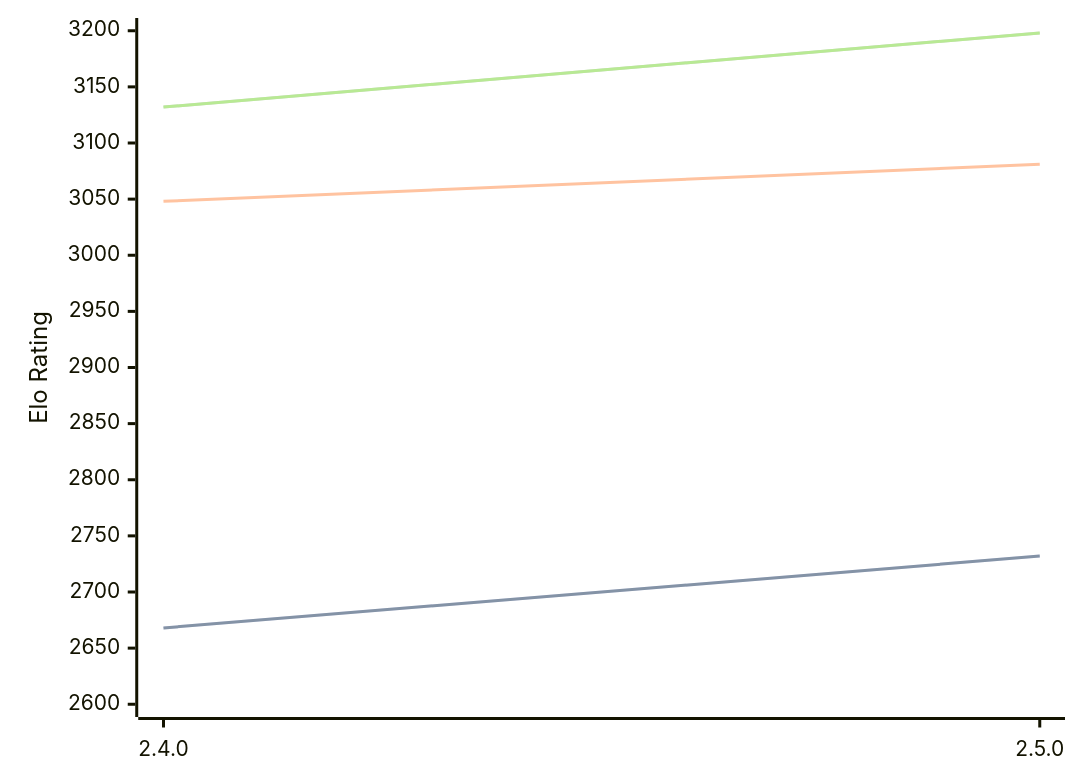
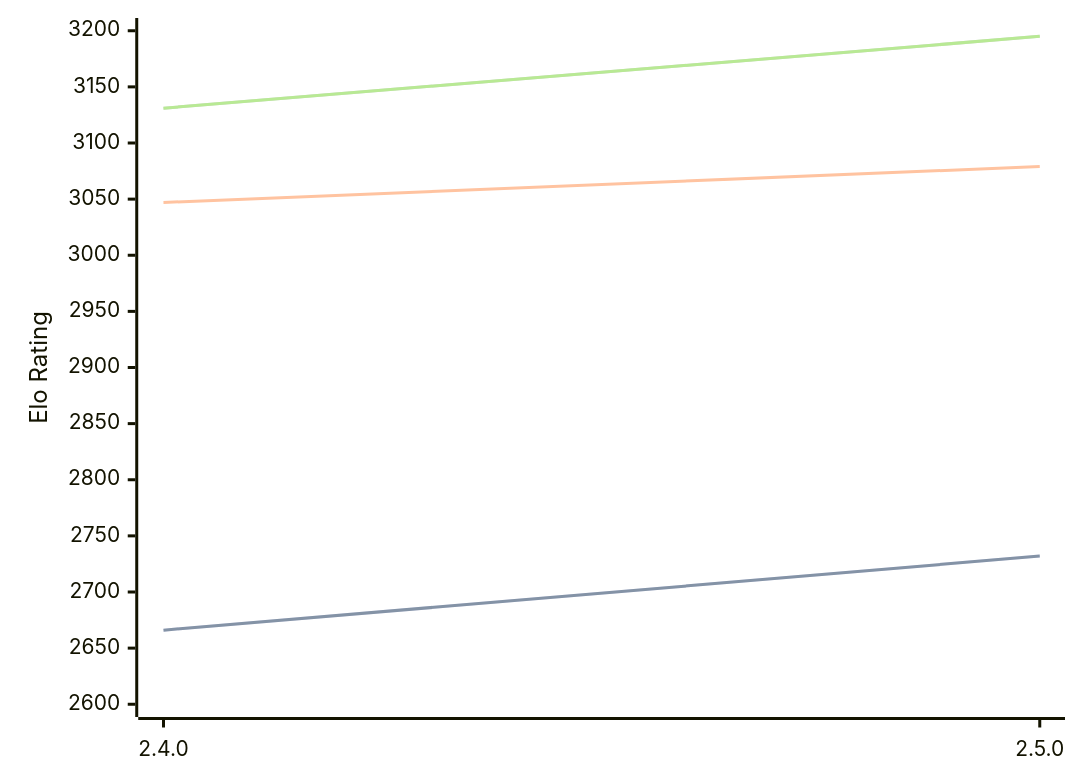
Before and after one commit to computer-chess-index/cci: the diagram in engines/Sturddle2.md, drawn with Mermaid. The commit also changed other lines of this file, not shown here.

Commit message:
Update CCI Ratings (ELO VLTC) - 2026-02-18

````diff
--- a/engines/Sturddle2.md
+++ b/engines/Sturddle2.md
@@ -34,11 +34,11 @@
 ```mermaid
 %%{init: {"theme":"base","themeVariables":{"seriesColors:['#a3a3a3','#222221','#faa371']}}}%%
 xychart-beta
   x-axis ["2.4.0", "2.5.0"]
   y-axis "Elo Rating" 2600 --> 3200
-  line "STC (8.0+0.08s)" [2668, 2732]
-  line "STC (8.0+0.08s)" [2668, 2732]
-  line "LTC (60.0+0.60s)" [3048, 3081]
-  line "VLTC (2m24s+1.12s)" [3132, 3198]
-  line "VLTC (2m24s+1.12s)" [3132, 3198]
+  line "STC (8.0+0.08s)" [2666, 2732]
+  line "STC (8.0+0.08s)" [2666, 2732]
+  line "LTC (60.0+0.60s)" [3047, 3079]
+  line "VLTC (2m24s+1.12s)" [3131, 3195]
+  line "VLTC (2m24s+1.12s)" [3131, 3195]
 ```
````
